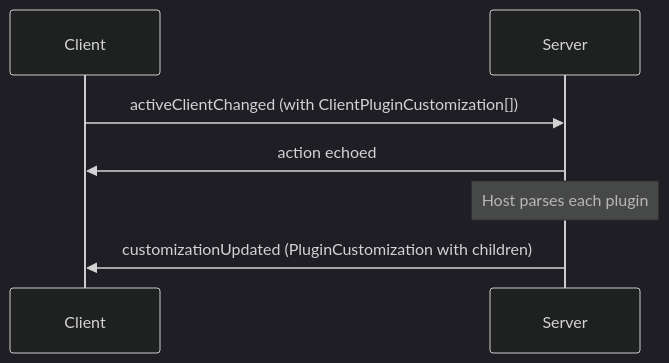
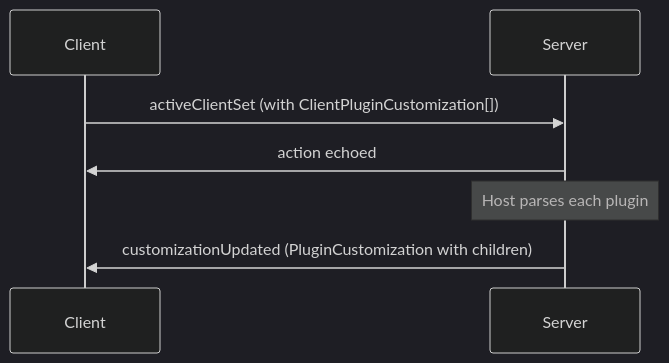
One commit to Qusic/agent-host-protocol changed the fourth of 7 diagrams in docs/guide/customizations.md. Above: the diagram before and after it, drawn with Mermaid (dark theme). The commit also changed other lines of this file and 102 other files, not shown here.

````diff
--- a/docs/guide/customizations.md
+++ b/docs/guide/customizations.md
@@ -202,11 +202,11 @@
 ```mermaid
 sequenceDiagram
     participant Client
     participant Server
 
-    Client->>Server: activeClientChanged (with ClientPluginCustomization[])
+    Client->>Server: activeClientSet (with ClientPluginCustomization[])
     Server->>Client: action echoed
 
     Note over Server: Host parses each plugin
     Server->>Client: customizationUpdated (PluginCustomization with children)
 ```
````
